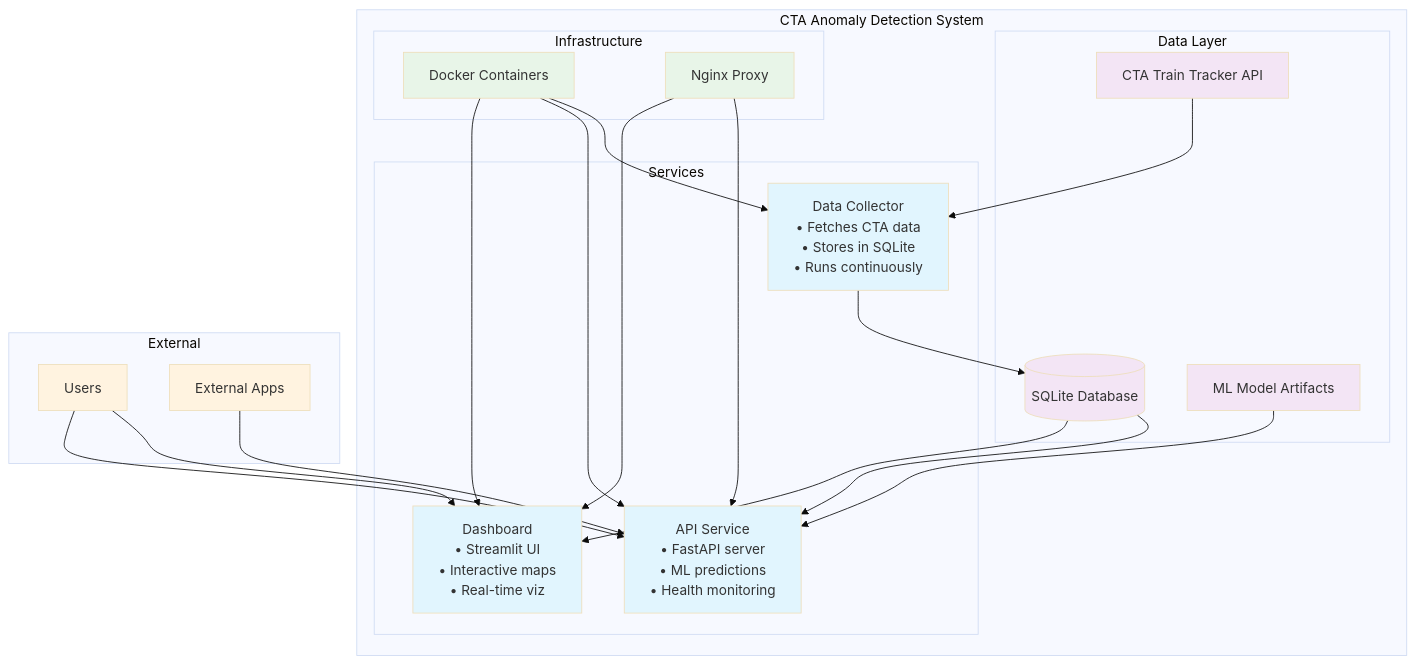
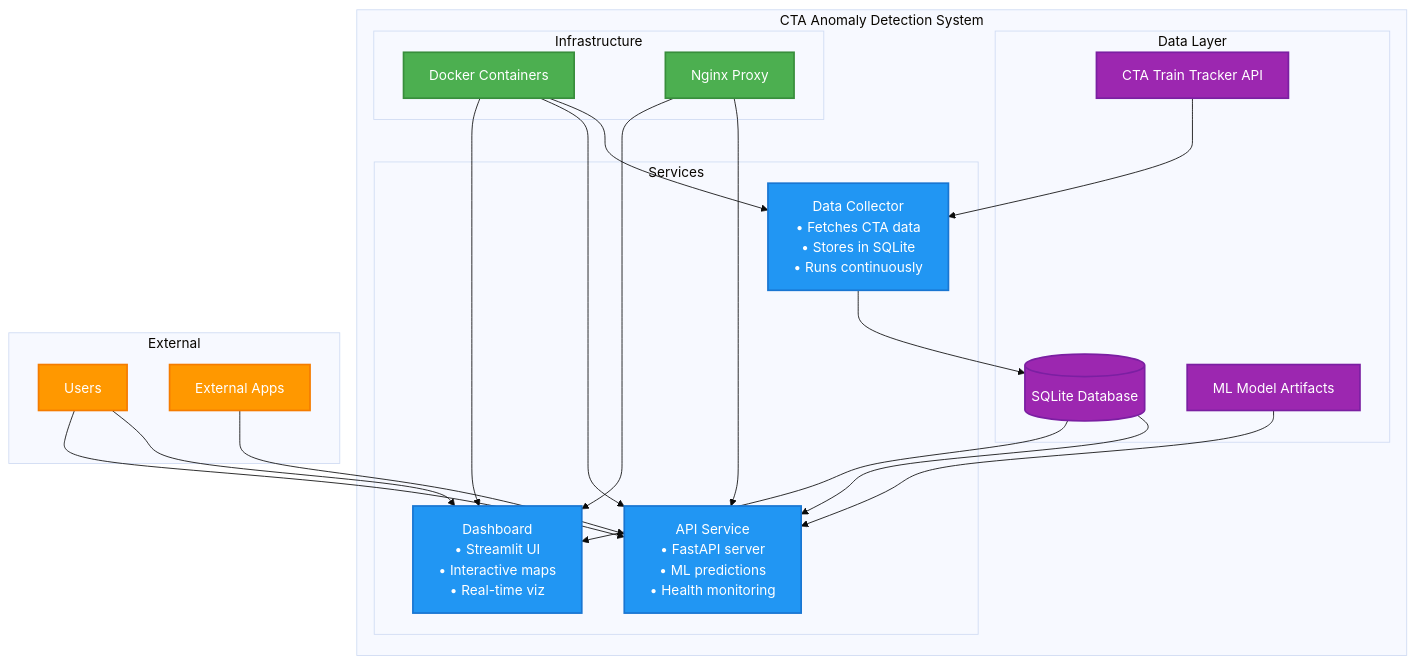
The diagram in README.md (gk408829/Real-Time-Anomaly-Detection-for-Chicago-Transit-Authority), drawn with Mermaid (base theme) before and after one commit. The commit also changed 1 other file, not shown here.

Commit message:
updates and clean up

````diff
--- a/README.md
+++ b/README.md
@@ -67,56 +67,56 @@
 ```mermaid
 graph TB
     subgraph "CTA Anomaly Detection System"
         subgraph "Data Layer"
             CTA[CTA Train Tracker API]
             DB[(SQLite Database)]
             Models[ML Model Artifacts]
         end
         
         subgraph "Services"
             DC[Data Collector<br/>• Fetches CTA data<br/>• Stores in SQLite<br/>• Runs continuously]
             API[API Service<br/>• FastAPI server<br/>• ML predictions<br/>• Health monitoring]
             DASH[Dashboard<br/>• Streamlit UI<br/>• Interactive maps<br/>• Real-time viz]
         end
         
         subgraph "Infrastructure"
             DOCKER[Docker Containers]
             NGINX[Nginx Proxy]
         end
     end
     
     subgraph "External"
         USER[Users]
         APPS[External Apps]
     end
     
     %% Data flow
     CTA --> DC
     DC --> DB
     DB --> API
     DB --> DASH
     Models --> API
     
     %% User interactions
     USER --> DASH
     USER --> API
     APPS --> API
     
     %% Infrastructure
     DOCKER --> DC
     DOCKER --> API
     DOCKER --> DASH
     NGINX --> API
     NGINX --> DASH
     
     %% Styling
-    classDef service fill:#e1f5fe
-    classDef data fill:#f3e5f5
-    classDef infra fill:#e8f5e8
-    classDef external fill:#fff3e0
+    classDef service fill:#2196F3,stroke:#1976D2,stroke-width:2px,color:#fff
+    classDef data fill:#9C27B0,stroke:#7B1FA2,stroke-width:2px,color:#fff
+    classDef infra fill:#4CAF50,stroke:#388E3C,stroke-width:2px,color:#fff
+    classDef external fill:#FF9800,stroke:#F57C00,stroke-width:2px,color:#fff
     
     class DC,API,DASH service
     class CTA,DB,Models data
     class DOCKER,NGINX infra
     class USER,APPS external
 ```
````
